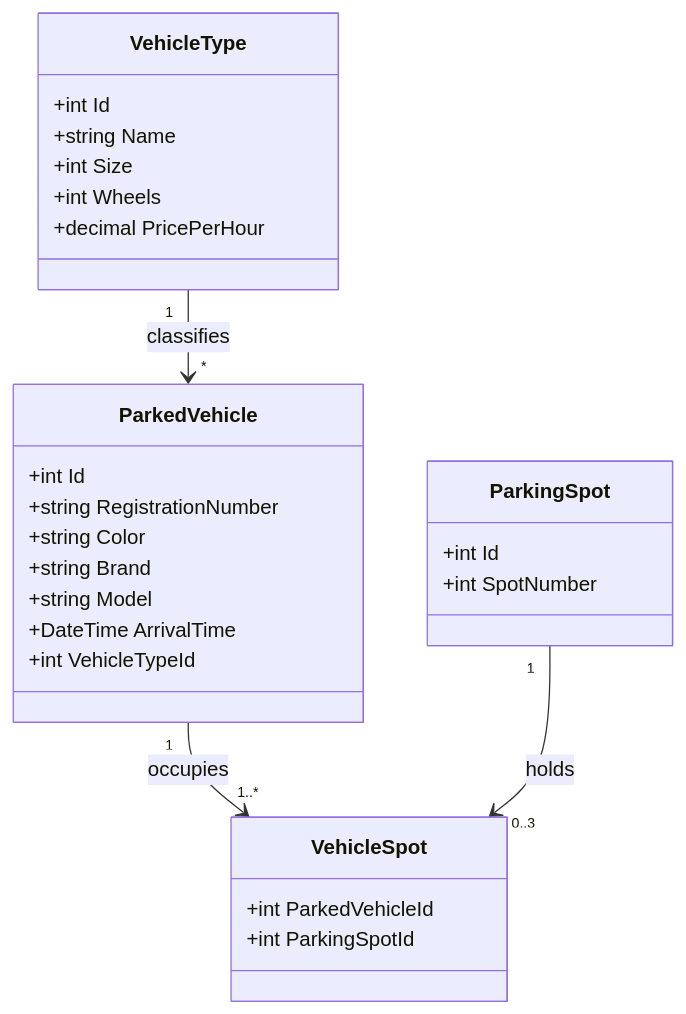
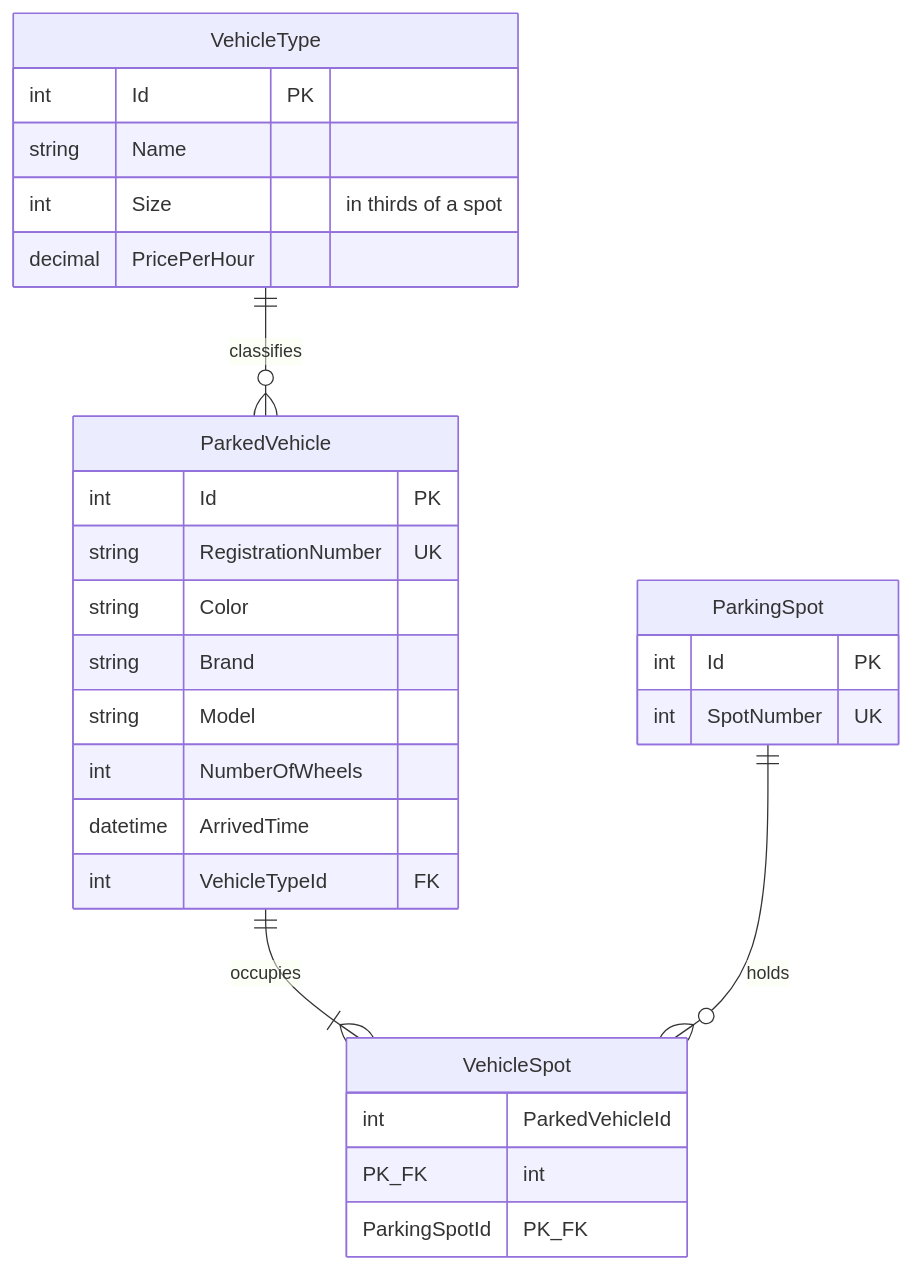
One commit to Lexicon-Garage/10_Garage changed the second of 4 diagrams in docs/garage-v2-design.md.md. Above: the diagram before and after it, drawn with Mermaid. The commit also changed other lines of this file, not shown here.

First line of the commit message:
Update Garage 2.0 design document for parking logic

````diff
--- a/docs/garage-v2-design.md.md
+++ b/docs/garage-v2-design.md.md
@@ -11,34 +42,31 @@
 ```mermaid
-classDiagram
-    class VehicleType {
-        +int Id
-        +string Name
-        +int Size
-        +int Wheels
-        +decimal PricePerHour
+erDiagram
+    VehicleType ||--o{ ParkedVehicle : classifies
+    ParkedVehicle ||--|{ VehicleSpot : occupies
+    ParkingSpot ||--o{ VehicleSpot : holds
+
+    VehicleType {
+        int Id PK
+        string Name
+        int Size "in thirds of a spot"
+        decimal PricePerHour
     }
-
-    class ParkedVehicle {
-        +int Id
-        +string RegistrationNumber
-        +string Color
-        +string Brand
-        +string Model
-        +DateTime ArrivalTime
-        +int VehicleTypeId
+    ParkedVehicle {
+        int Id PK
+        string RegistrationNumber UK
+        string Color
+        string Brand
+        string Model
+        int NumberOfWheels
+        datetime ArrivedTime
+        int VehicleTypeId FK
     }
-
-    class ParkingSpot {
-        +int Id
-        +int SpotNumber
+    ParkingSpot {
+        int Id PK
+        int SpotNumber UK
     }
-
-    class VehicleSpot {
-        +int ParkedVehicleId
-        +int ParkingSpotId
+    VehicleSpot {
+        int ParkedVehicleId PK_FK
+        int ParkingSpotId PK_FK
     }
-
-    VehicleType "1" --> "*" ParkedVehicle : classifies
-    ParkedVehicle "1" --> "1..*" VehicleSpot : occupies
-    ParkingSpot "1" --> "0..3" VehicleSpot : holds
 ```
````
